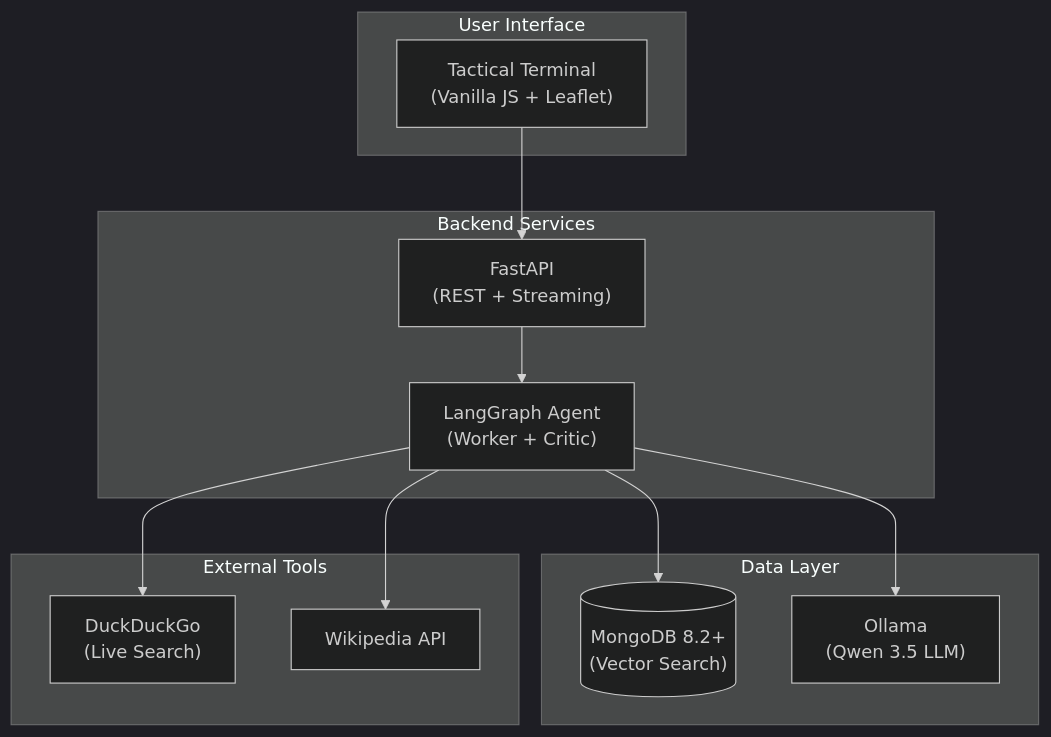
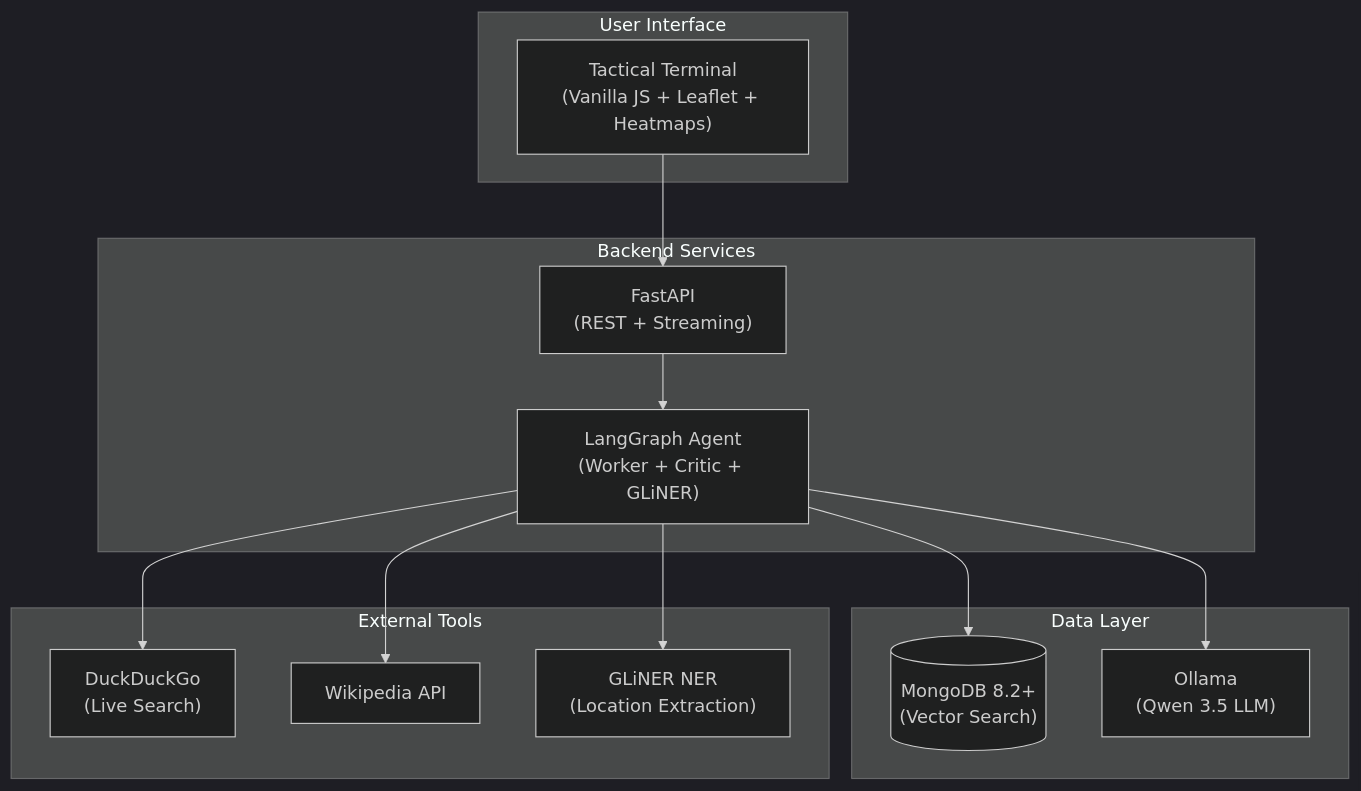
Before and after one commit to fbaierl/geo-vision-lab: the diagram in README.md, drawn with Mermaid. The commit also changed other lines of this file and 26 other files, not shown here.

````diff
--- a/README.md
+++ b/README.md
@@ -38,29 +39,31 @@
 ```mermaid
 %%{init: {'theme': 'dark'}}%%
 graph TB
     subgraph User["User Interface"]
-        UI["Tactical Terminal<br/>(Vanilla JS + Leaflet)"]
+        UI["Tactical Terminal<br/>(Vanilla JS + Leaflet + Heatmaps)"]
     end
 
     subgraph Backend["Backend Services"]
         API["FastAPI<br/>(REST + Streaming)"]
-        AGENT["LangGraph Agent<br/>(Worker + Critic)"]
+        AGENT["LangGraph Agent<br/>(Worker + Critic + GLiNER)"]
     end
 
     subgraph Data["Data Layer"]
         MDB[("MongoDB 8.2+<br/>(Vector Search)")]
         OL["Ollama<br/>(Qwen 3.5 LLM)"]
     end
 
     subgraph Tools["External Tools"]
         WEB["DuckDuckGo<br/>(Live Search)"]
         WIKI["Wikipedia API"]
+        GEO["GLiNER NER<br/>(Location Extraction)"]
     end
 
     UI --> API
     API --> AGENT
     AGENT --> MDB
     AGENT --> OL
     AGENT --> WEB
     AGENT --> WIKI
+    AGENT --> GEO
 ```
````
